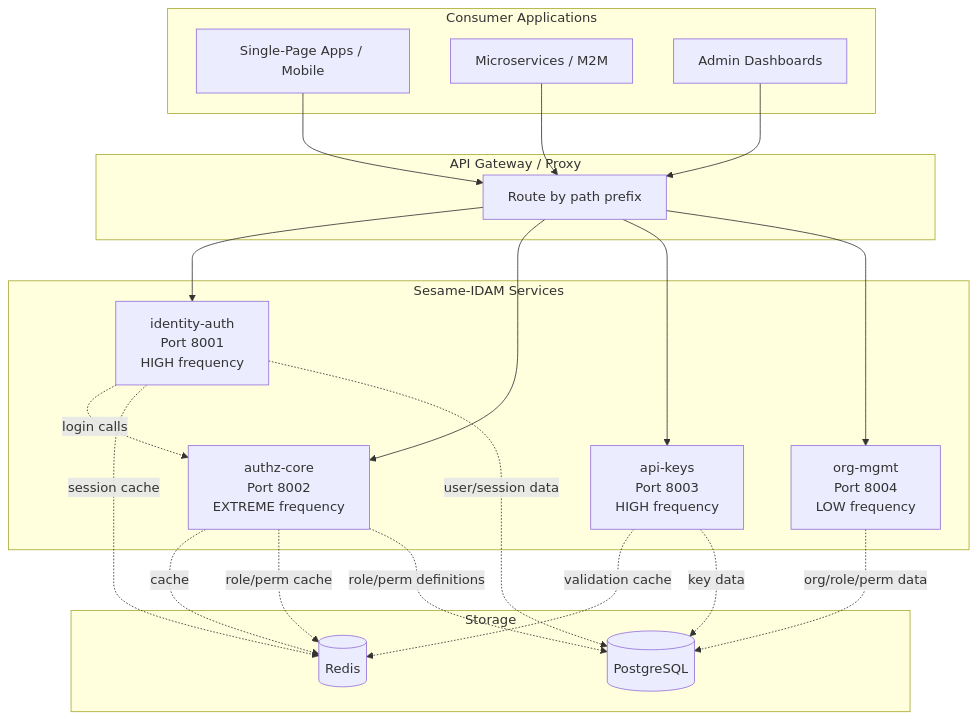
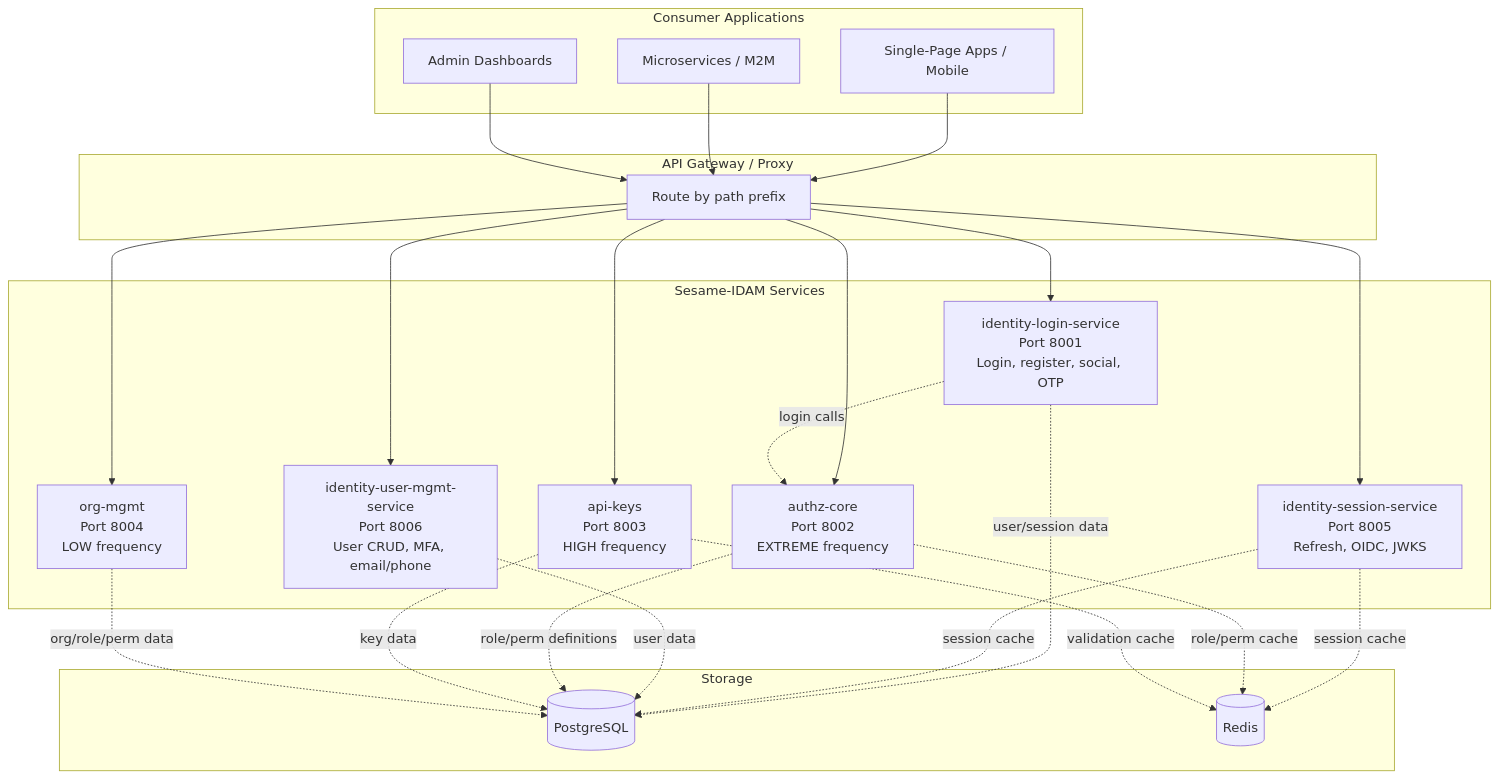
One commit to microscaler/sesame-idam changed the first of 2 diagrams in README.md. Above: the diagram before and after it, drawn with Mermaid. The commit also changed other lines of this file and 424 other files, not shown here.

````diff
--- a/README.md
+++ b/README.md
@@ -51,42 +52,47 @@
 ```mermaid
 graph TB
     subgraph "Consumer Applications"
         SPA[Single-Page Apps / Mobile]
         Microsvc[Microservices / M2M]
         Admin[Admin Dashboards]
     end
 
     subgraph "API Gateway / Proxy"
         Proxy[Route by path prefix]
     end
 
     subgraph "Sesame-IDAM Services"
-        IA[identity-auth<br/>Port 8001<br/>HIGH frequency]
+        IL[identity-login-service<br/>Port 8001<br/>Login, register, social, OTP]
+        IS[identity-session-service<br/>Port 8005<br/>Refresh, OIDC, JWKS]
+        IU[identity-user-mgmt-service<br/>Port 8006<br/>User CRUD, MFA, email/phone]
         AC[authz-core<br/>Port 8002<br/>EXTREME frequency]
         AK[api-keys<br/>Port 8003<br/>HIGH frequency]
         OM[org-mgmt<br/>Port 8004<br/>LOW frequency]
     end
 
     subgraph "Storage"
         PG[(PostgreSQL)]
         Redis[(Redis)]
     end
 
     SPA --> Proxy
     Microsvc --> Proxy
     Admin --> Proxy
-    Proxy --> IA
+    Proxy --> IL
+    Proxy --> IS
+    Proxy --> IU
     Proxy --> AC
     Proxy --> AK
     Proxy --> OM
 
-    IA -. login calls .-> AC
-    AC -. cache .-> Redis
-    IA -. session cache .-> Redis
+    IL -. login calls .-> AC
+    IS -. session cache .-> Redis
     AC -. role/perm cache .-> Redis
     AK -. validation cache .-> Redis
-    IA -. user/session data .-> PG
+    IL -. user/session data .-> PG
+    IS -. session cache .-> PG
+    IU -. user data .-> PG
     AC -. role/perm definitions .-> PG
     AK -. key data .-> PG
     OM -. org/role/perm data .-> PG
 ```
````
